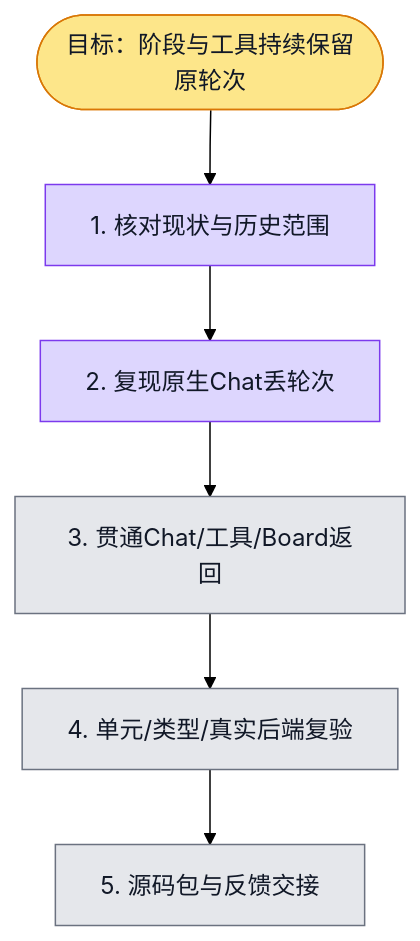
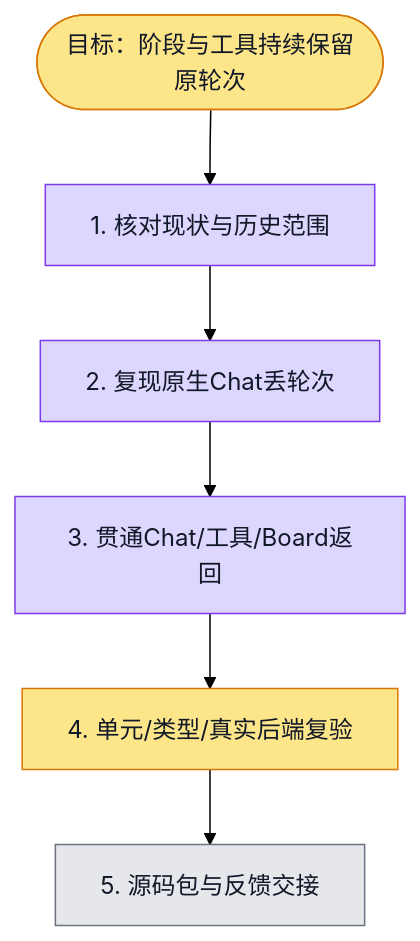
Before and after one commit to boardx/workspacex: the diagram in docs/evidence/aidt-native/round-context/execution.plan.md, drawn with Mermaid (forest theme). The commit also changed other lines of this file and 11 other files, not shown here.

````diff
--- a/docs/evidence/aidt-native/round-context/execution.plan.md
+++ b/docs/evidence/aidt-native/round-context/execution.plan.md
@@ -17,26 +17,27 @@
 ```mermaid
 flowchart TD
   G([目标：阶段与工具持续保留原轮次])
   S1[1. 核对现状与历史范围]
   S2[2. 复现原生Chat丢轮次]
   S3[3. 贯通Chat/工具/Board返回]
   S4[4. 单元/类型/真实后端复验]
   S5[5. 源码包与反馈交接]
 
   G --> S1 --> S2 --> S3 --> S4 --> S5
 
   classDef todo fill:#e5e7eb,stroke:#6b7280,color:#111827
   classDef doing fill:#fde68a,stroke:#d97706,color:#111827
   classDef done fill:#bbf7d0,stroke:#16a34a,color:#111827
   classDef tested fill:#ddd6fe,stroke:#7c3aed,color:#111827
   classDef blocked fill:#fecaca,stroke:#dc2626,color:#111827
 
   class G doing
   class S1 tested
   %% evidence S1: 已核对当前分支、无重复活动Agent及历史课程边界；source-intake.md
   class S2 tested
   %% evidence S2: reproduced-failure.txt 证明旧代码丢失反思版本
-  class S3 todo
-  class S4 todo
+  class S3 tested
+  %% evidence S3: targeted-tests.txt：83项；web-tests.txt：501项；类型、设计及ESLint通过
+  class S4 doing
   class S5 todo
 ```
````
